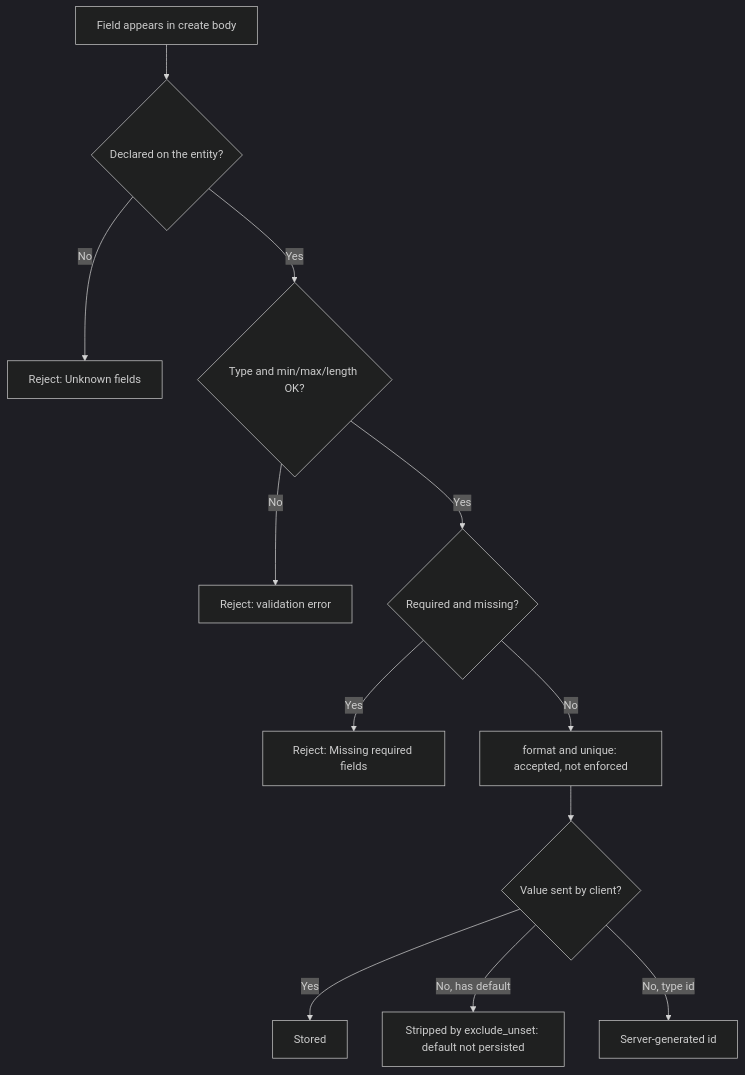
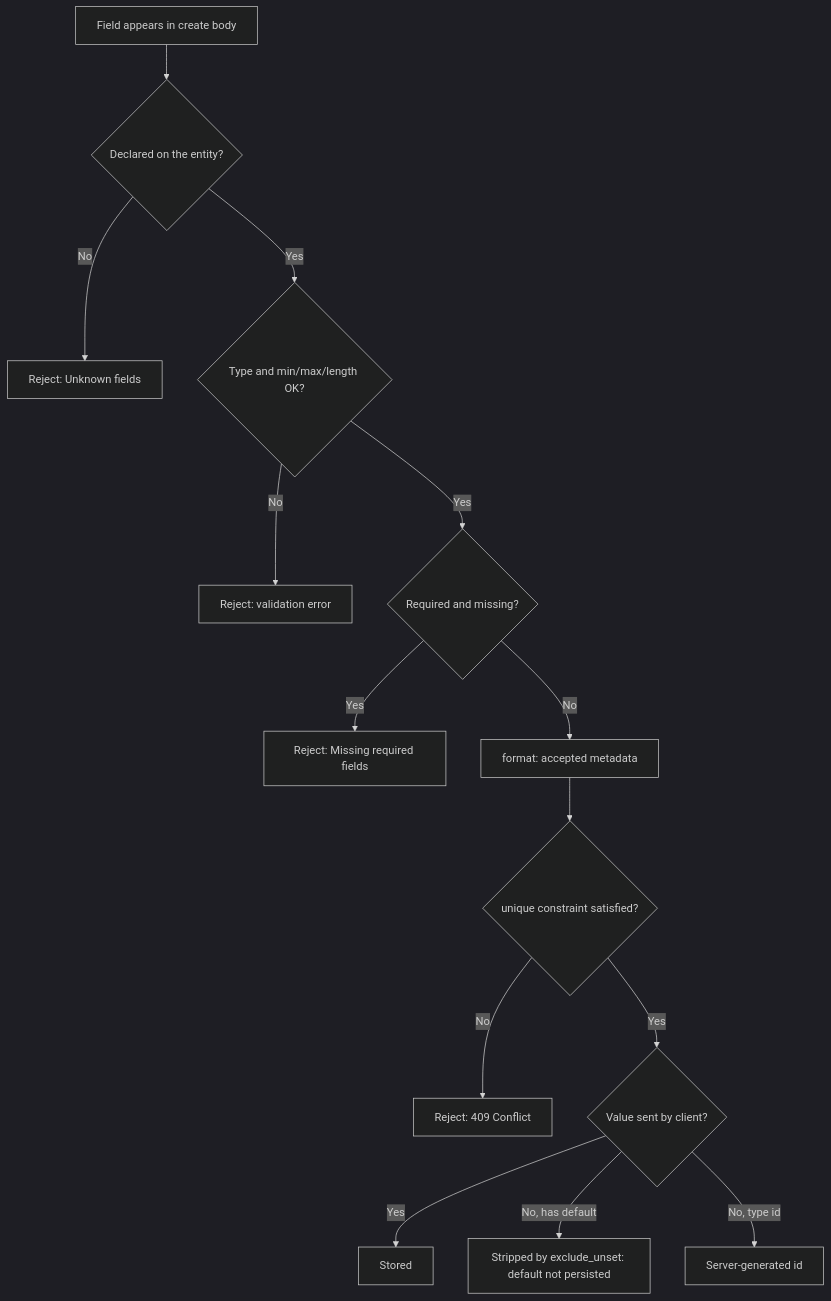
The diagram in docs/v0.2/Tutorial/02-field-types.md (sebastiaoteixeira/stackform), drawn with Mermaid (dark theme) before and after one commit. The commit also changed other lines of this file and 20 other files, not shown here.

Commit message:
Complete unique conflict handling across backends

````diff
--- a/docs/v0.2/Tutorial/02-field-types.md
+++ b/docs/v0.2/Tutorial/02-field-types.md
@@ -115,14 +114,16 @@
 ```mermaid
 flowchart TD
   A[Field appears in create body] --> B{Declared on the entity?}
   B -- No --> R1[Reject: Unknown fields]
   B -- Yes --> C{Type and min/max/length OK?}
   C -- No --> R2[Reject: validation error]
   C -- Yes --> D{Required and missing?}
   D -- Yes --> R3[Reject: Missing required fields]
-  D -- No --> E[format and unique: accepted, not enforced]
-  E --> F{Value sent by client?}
+  D -- No --> E[format: accepted metadata]
+  E --> U{unique constraint satisfied?}
+  U -- No --> R4[Reject: 409 Conflict]
+  U -- Yes --> F{Value sent by client?}
   F -- Yes --> S1[Stored]
   F -- No, has default --> S2[Stripped by exclude_unset: default not persisted]
   F -- No, type id --> S3[Server-generated id]
 ```
````
